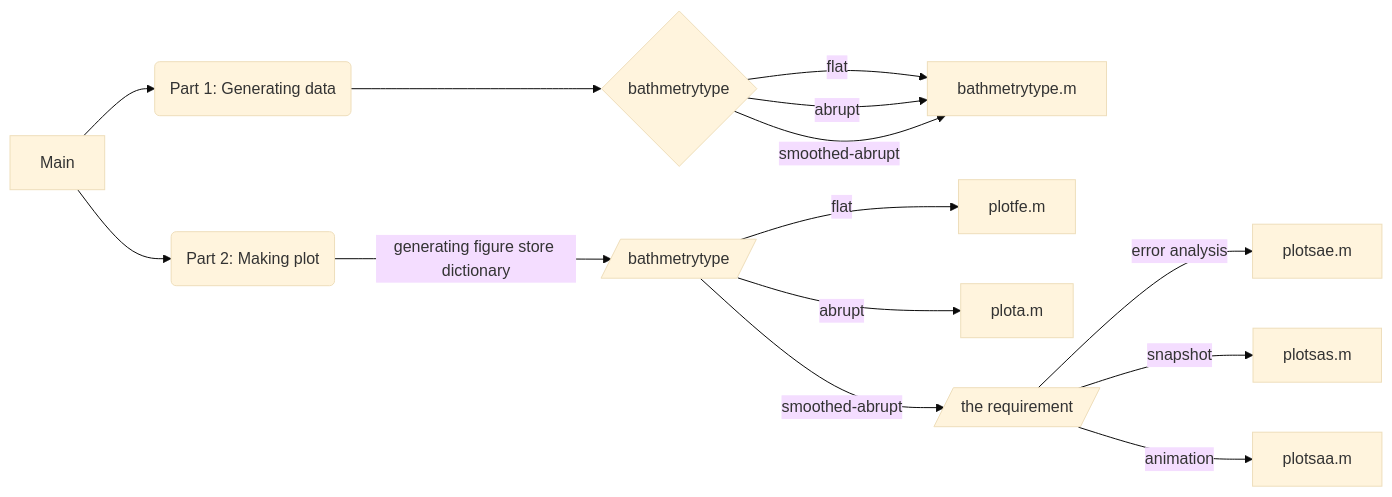
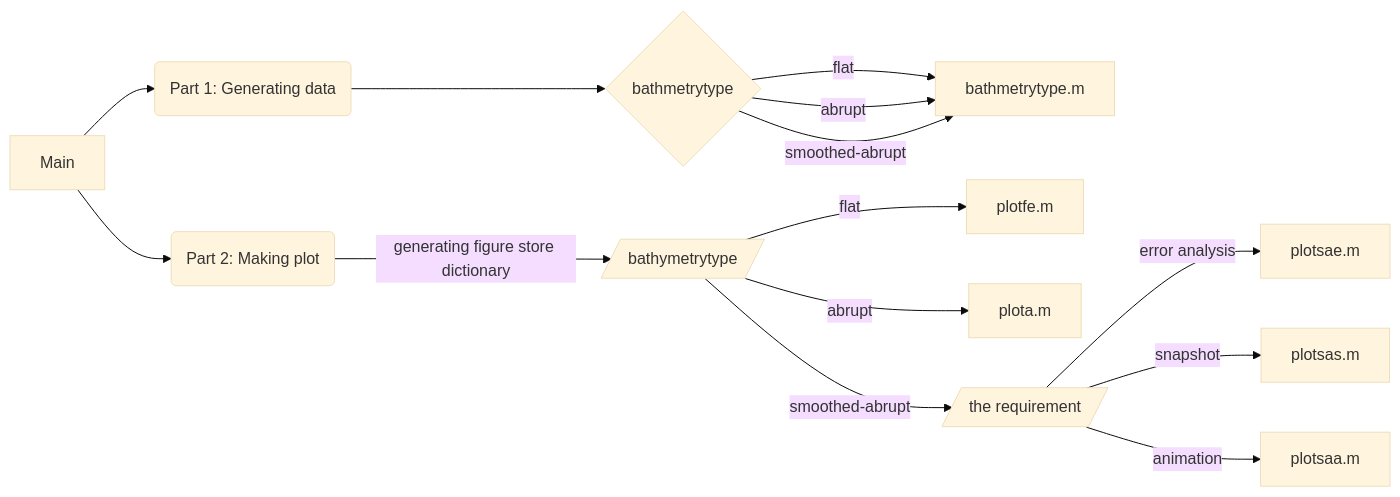
One commit to Awecean/Computational-Method-of-Shallow-Water-Wave changed the diagram in Assignment3/Readme.md. Above: the diagram before and after it, drawn with Mermaid (base theme).

````diff
--- a/Assignment3/Readme.md
+++ b/Assignment3/Readme.md
@@ -4,20 +4,20 @@
 ```mermaid
 graph LR
    A[Main]-->B(Part 1: Generating data)
    A[Main]-->C(Part 2: Making plot)
    
    B --> D{bathmetrytype}
    D -->|flat| E[bathmetrytype.m]
    D -->|abrupt| E
    D -->|smoothed-abrupt| E
 
-   C --> |generating figure store dictionary| F[/bathmetrytype/]
+   C --> |generating figure store dictionary| F[/bathymetrytype/]
    F --> |flat| G[plotfe.m]
    F --> |abrupt| H[plota.m]
    F --> |smoothed-abrupt| I[/the requirement/]
 
    I --> |error analysis| J[plotsae.m]
    I --> |snapshot| K[plotsas.m]
    I --> |animation| L[plotsaa.m]
 
 ```
````
